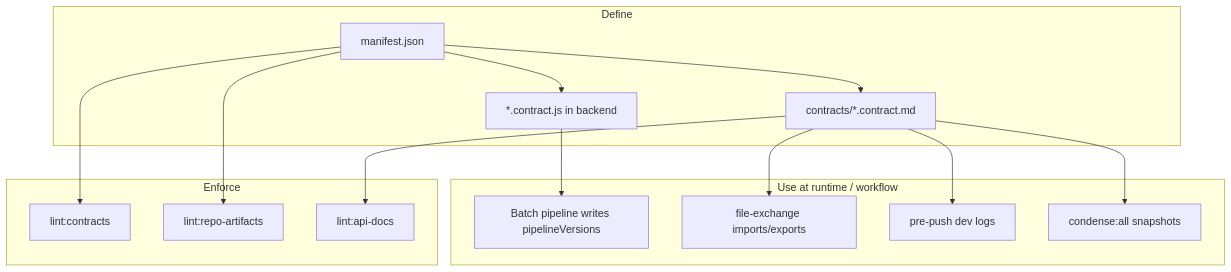
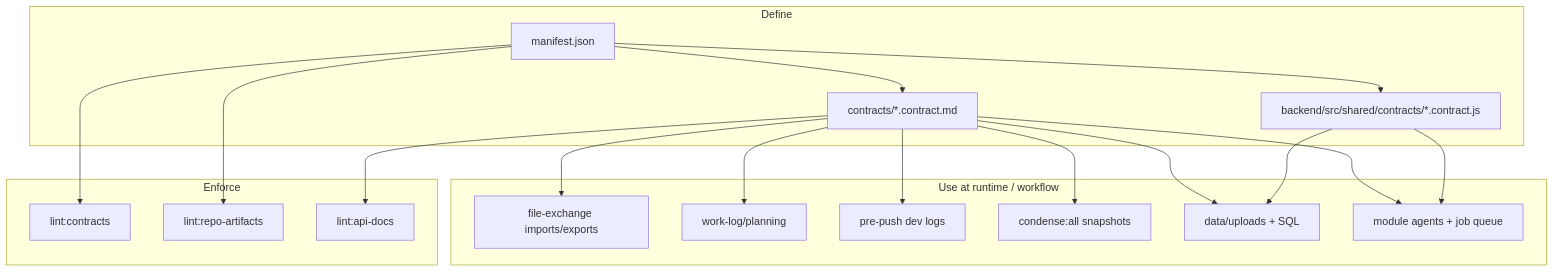
One commit to Pukujan/create-modular-monolith changed the diagram in template/docs/architecture/CONTRACTS_OVERVIEW.md. Above: the diagram before and after it, drawn with Mermaid. The commit also changed other lines of this file and 62 other files, not shown here.

First line of the commit message:
release: v2.3.0 architecture contracts and condense bundle

````diff
--- a/template/docs/architecture/CONTRACTS_OVERVIEW.md
+++ b/template/docs/architecture/CONTRACTS_OVERVIEW.md
@@ -30,31 +30,37 @@
 ```mermaid
 flowchart TB
   subgraph define [Define]
     manifest[manifest.json]
     md[contracts/*.contract.md]
-    js[*.contract.js in backend]
+    js[backend/src/shared/contracts/*.contract.js]
   end
 
   subgraph use [Use at runtime / workflow]
-    batch[Batch pipeline writes pipelineVersions]
     exchange[file-exchange imports/exports]
+    planning[work-log/planning]
     devlog[pre-push dev logs]
     condense[condense:all snapshots]
+    uploads[data/uploads + SQL]
+    agents[module agents + job queue]
   end
 
   subgraph enforce [Enforce]
     lintC[lint:contracts]
     lintR[lint:repo-artifacts]
     lintApi[lint:api-docs]
   end
 
   manifest --> md
   manifest --> js
   md --> exchange
+  md --> planning
   md --> devlog
   md --> condense
-  js --> batch
+  md --> uploads
+  md --> agents
+  js --> uploads
+  js --> agents
   manifest --> lintC
   manifest --> lintR
   md --> lintApi
 ```
````
